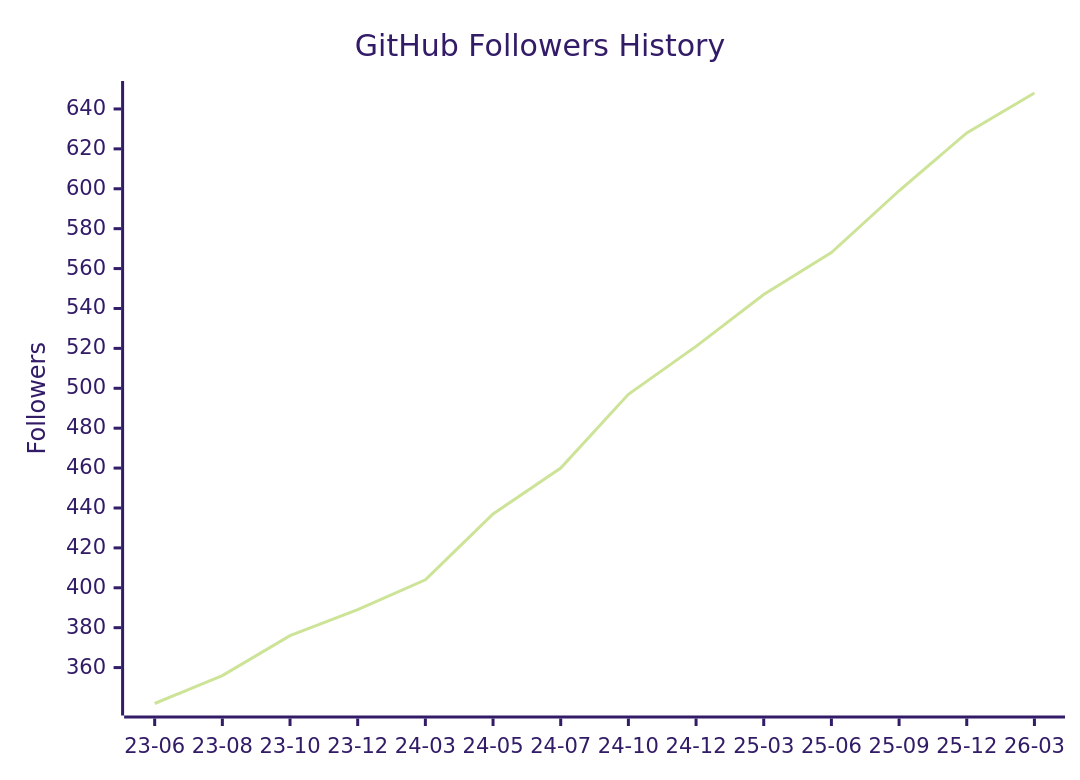
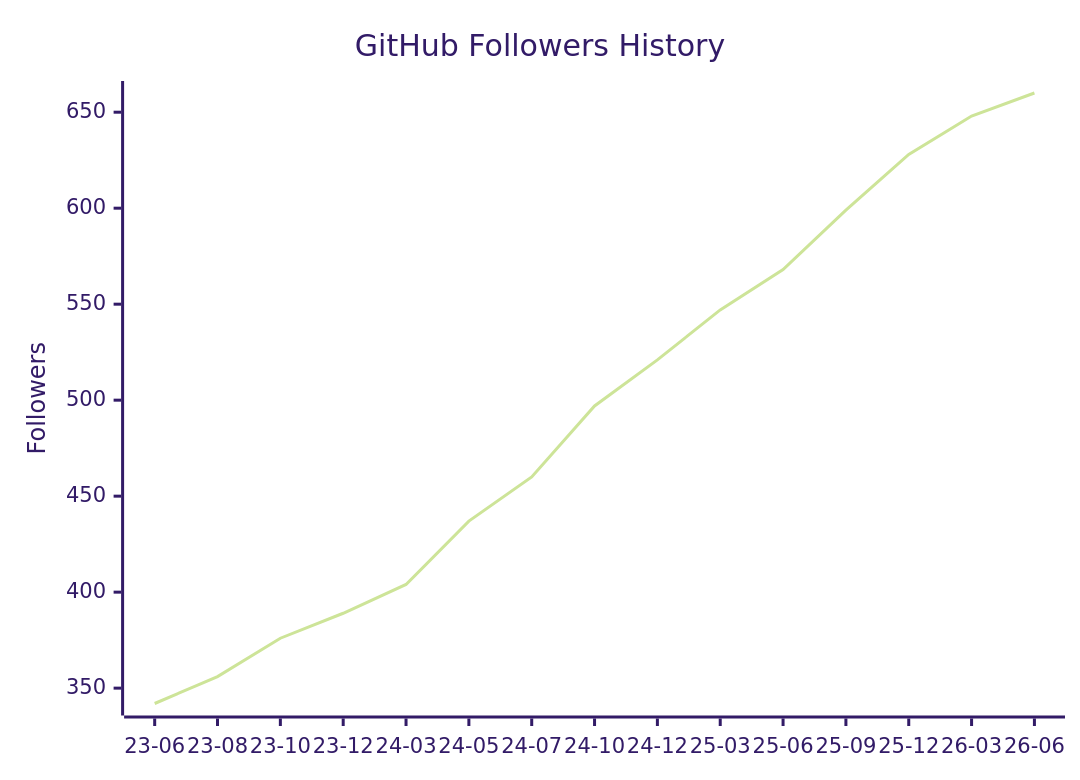
One commit to yutkat/yutkat changed the diagram in README.md. Above: the diagram before and after it, drawn with Mermaid (forest theme). The commit also changed 1 other file, not shown here.

Commit message:
generated

````diff
--- a/README.md
+++ b/README.md
@@ -200,7 +200,7 @@
 ```mermaid
 xychart-beta
   title "GitHub Followers History"
-  x-axis ["23-06","23-08","23-10","23-12","24-03","24-05","24-07","24-10","24-12","25-03","25-06","25-09","25-12","26-03"]
+  x-axis ["23-06","23-08","23-10","23-12","24-03","24-05","24-07","24-10","24-12","25-03","25-06","25-09","25-12","26-03","26-06"]
   y-axis "Followers"
-  line [342,356,376,389,404,437,460,497,521,547,568,599,628,648]
+  line [342,356,376,389,404,437,460,497,521,547,568,599,628,648,660]
 ```
````
